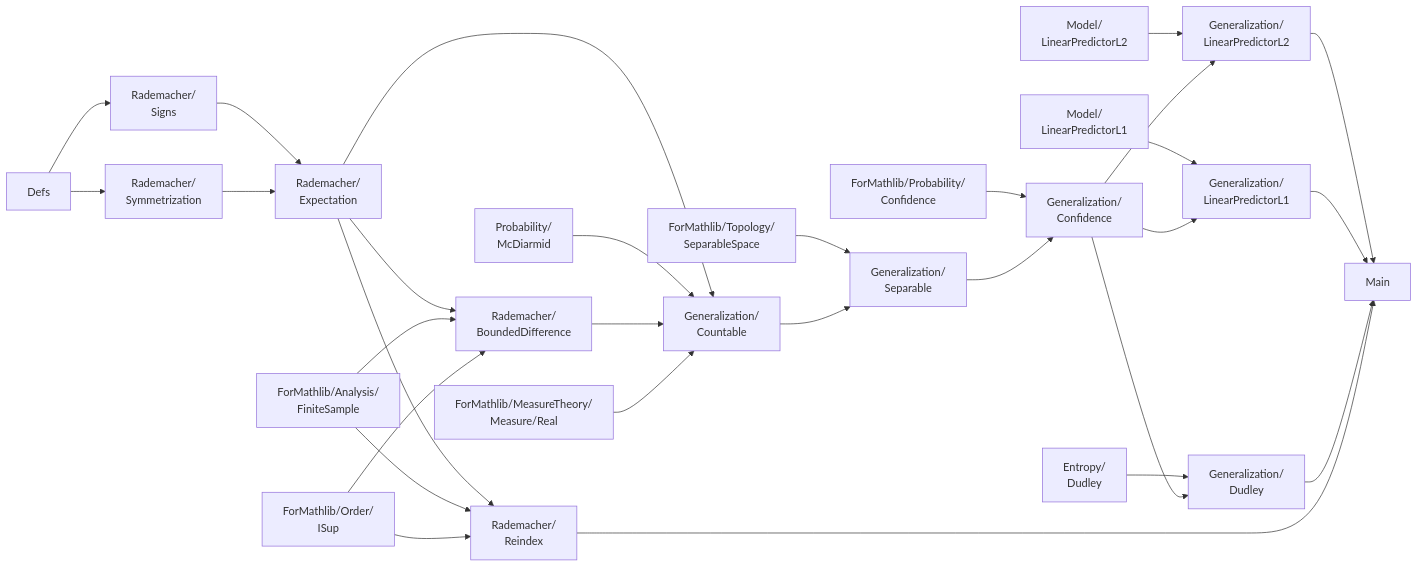
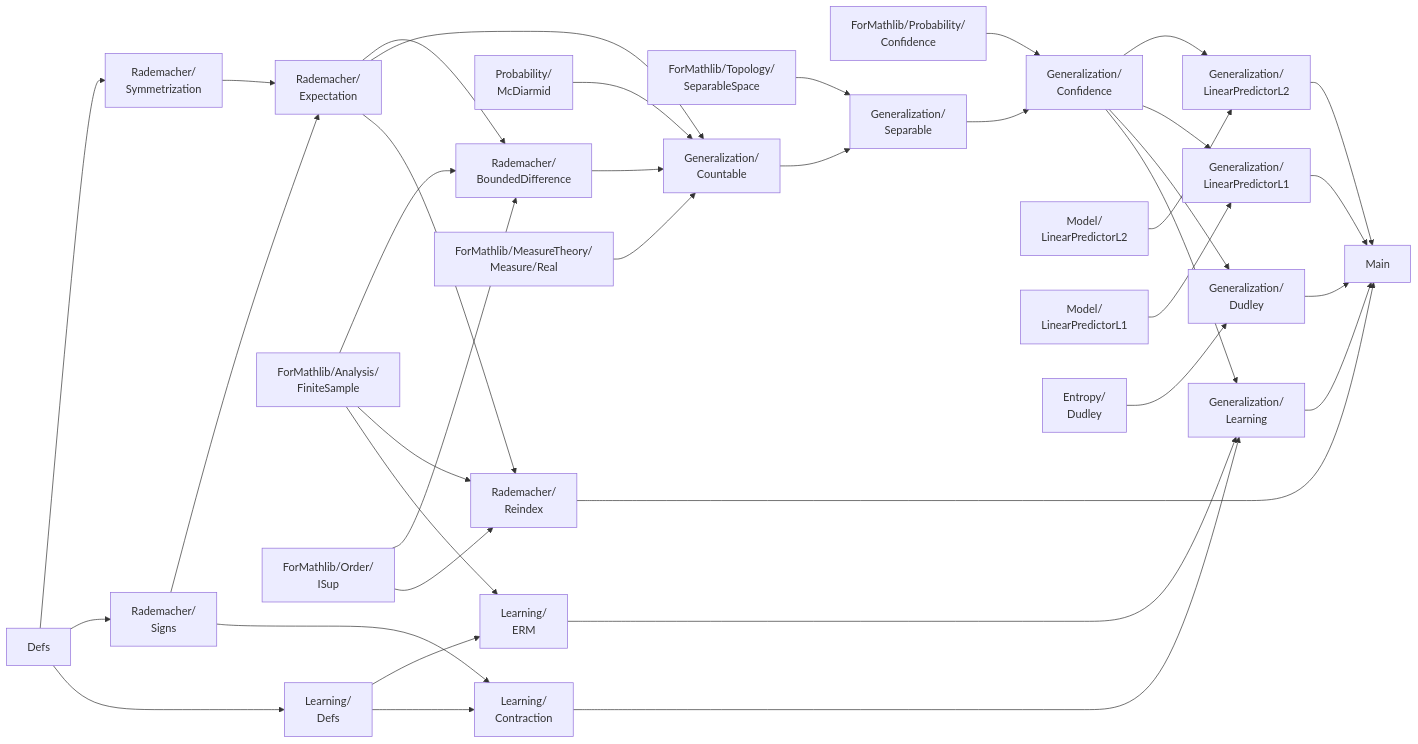
Before and after one commit to auto-res/lean-rademacher: the diagram in note/summary.md, drawn with Mermaid. The commit also changed other lines of this file and 6 other files, not shown here.

````diff
--- a/note/summary.md
+++ b/note/summary.md
@@ -29,57 +34,70 @@
 ```mermaid
 flowchart LR
     defs["Defs"]
     symm["Rademacher/<br/>Symmetrization"]
     rademacher["Rademacher/<br/>Expectation"]
     rademacherProperty["Rademacher/<br/>Signs"]
     reindex["Rademacher/<br/>Reindex"]
     mcdiarmid["Probability/<br/>McDiarmid"]
     boundedDiff["Rademacher/<br/>BoundedDifference"]
     finiteSample["ForMathlib/Analysis/<br/>FiniteSample"]
     iSupBridge["ForMathlib/Order/<br/>ISup"]
     measureBridge["ForMathlib/MeasureTheory/<br/>Measure/Real"]
     topologyBridge["ForMathlib/Topology/<br/>SeparableSpace"]
     confidenceCalc["ForMathlib/Probability/<br/>Confidence"]
     generalization["Generalization/<br/>Countable"]
     separableGen["Generalization/<br/>Separable"]
     confidence["Generalization/<br/>Confidence"]
     linearL2["Model/<br/>LinearPredictorL2"]
     linearL1["Model/<br/>LinearPredictorL1"]
     dudley["Entropy/<br/>Dudley"]
     l2Gen["Generalization/<br/>LinearPredictorL2"]
     l1Gen["Generalization/<br/>LinearPredictorL1"]
     dudleyGen["Generalization/<br/>Dudley"]
+    learningDefs["Learning/<br/>Defs"]
+    erm["Learning/<br/>ERM"]
+    contraction["Learning/<br/>Contraction"]
+    learningGen["Generalization/<br/>Learning"]
     main["Main"]
 
     defs --> symm
     defs --> rademacherProperty
     rademacherProperty --> rademacher
     symm --> rademacher
     rademacher --> boundedDiff
     rademacher --> generalization
     rademacher --> reindex
     mcdiarmid --> generalization
     finiteSample --> boundedDiff
     finiteSample --> reindex
     iSupBridge --> boundedDiff
     iSupBridge --> reindex
     boundedDiff --> generalization
     measureBridge --> generalization
 
     topologyBridge --> separableGen
     generalization --> separableGen
     confidenceCalc --> confidence
     separableGen --> confidence
 
     linearL2 --> l2Gen
     confidence --> l2Gen
     linearL1 --> l1Gen
     confidence --> l1Gen
     dudley --> dudleyGen
     confidence --> dudleyGen
+    defs --> learningDefs
+    finiteSample --> erm
+    learningDefs --> erm
+    rademacherProperty --> contraction
+    learningDefs --> contraction
+    erm --> learningGen
+    contraction --> learningGen
+    confidence --> learningGen
 
     l2Gen --> main
     l1Gen --> main
     dudleyGen --> main
+    learningGen --> main
     reindex --> main
 ```
````
